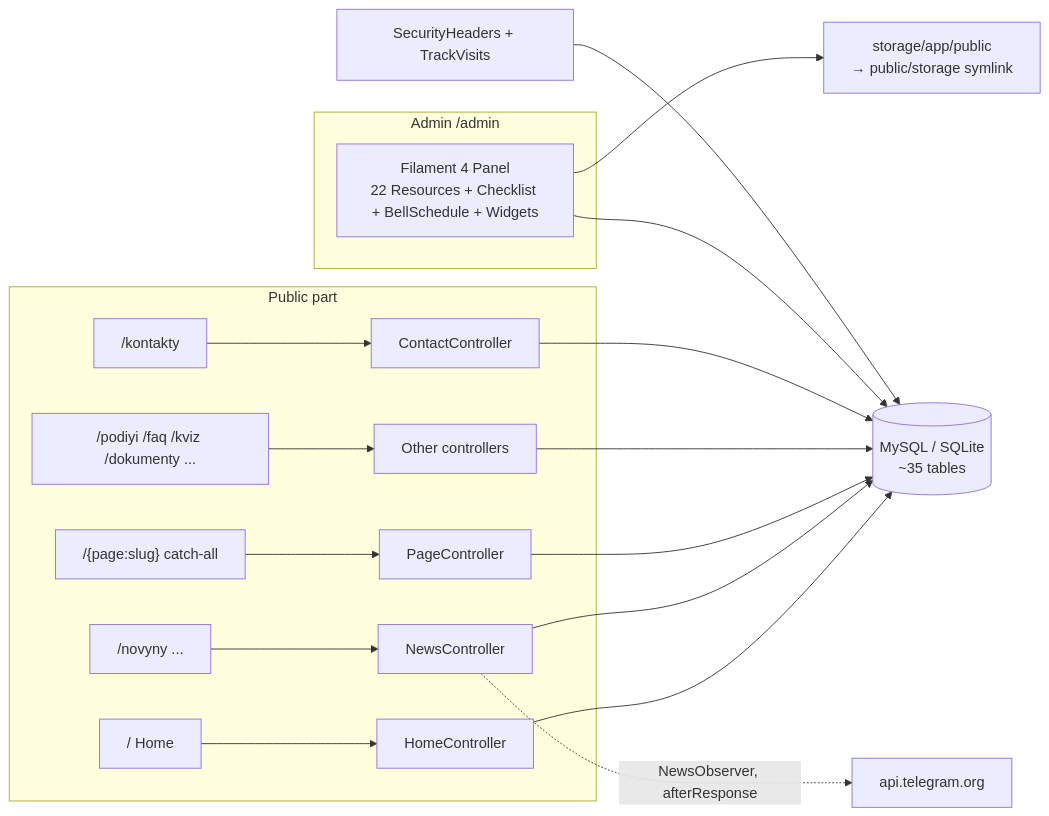
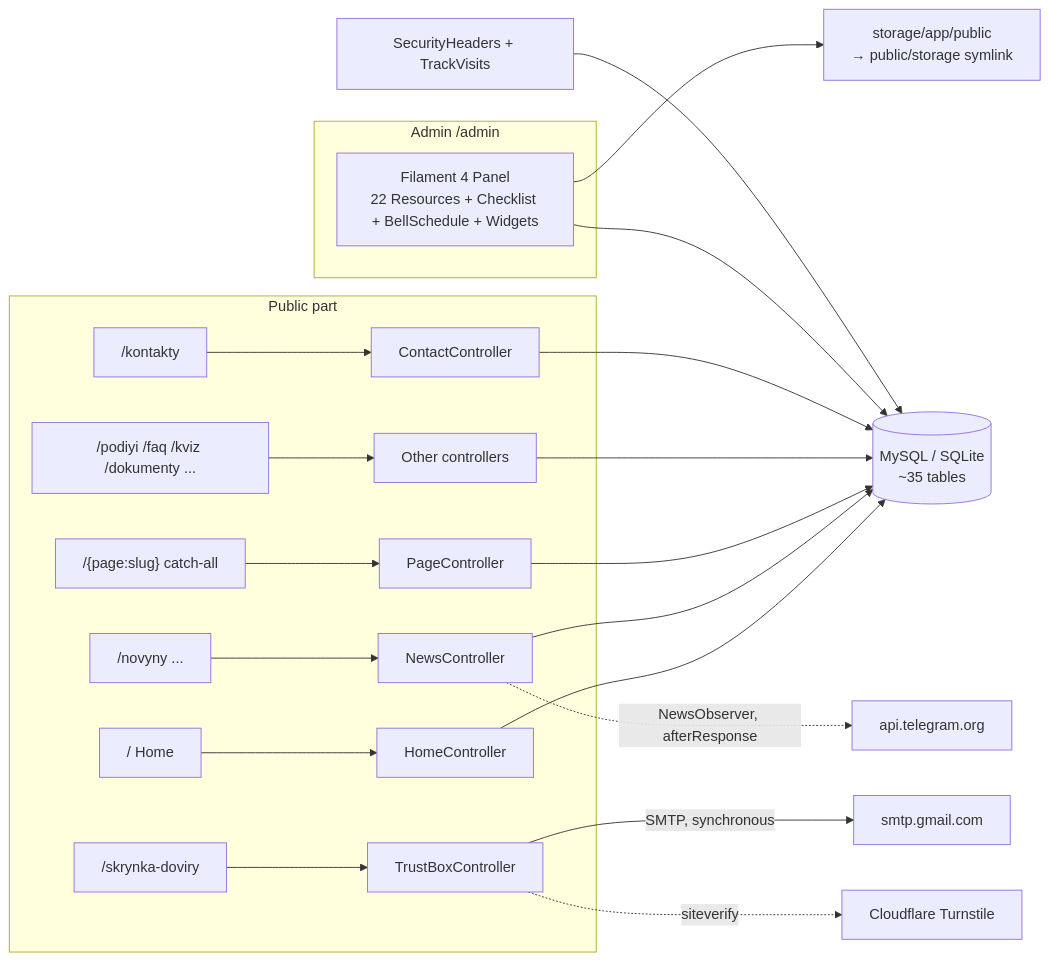
The diagram in ARCHITECTURE.md (OTFC-ONTU/otfk), drawn with Mermaid before and after one commit. The commit also changed other lines of this file and 25 other files, not shown here.

First line of the commit message:
feat(trust-box): add anonymous «Скринька довіри» form

````diff
--- a/ARCHITECTURE.md
+++ b/ARCHITECTURE.md
@@ -48,18 +48,21 @@
 ```mermaid
 flowchart LR
   subgraph Public["Public part"]
     Home["/ Home"] --> HomeC[HomeController]
     NewsP["/novyny ..."] --> NewsC[NewsController]
     Pages["/{page:slug} catch-all"] --> PageC[PageController]
     Contacts["/kontakty"] --> ContactC[ContactController]
+    TrustBox["/skrynka-doviry"] --> TrustC[TrustBoxController]
     Misc["/podiyi /faq /kviz /dokumenty ..."] --> MiscC[Other controllers]
   end
   subgraph Admin["Admin /admin"]
     Filament[Filament 4 Panel<br/>22 Resources + Checklist + BellSchedule + Widgets]
   end
   HomeC & NewsC & PageC & MiscC & ContactC --> DB[(MySQL / SQLite<br/>~35 tables)]
   Filament --> DB
   Filament --> Storage[storage/app/public<br/>→ public/storage symlink]
   NewsC -. NewsObserver, afterResponse .-> TG[api.telegram.org]
+  TrustC -- SMTP, synchronous --> Gmail[smtp.gmail.com]
+  TrustC -. siteverify .-> CF[Cloudflare Turnstile]
   MW[SecurityHeaders + TrackVisits] --> DB
 ```
````
